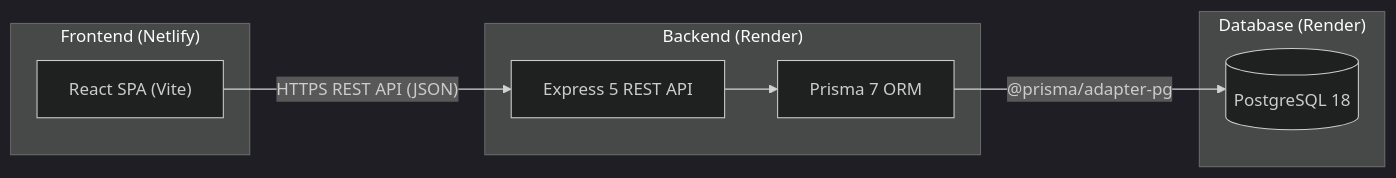
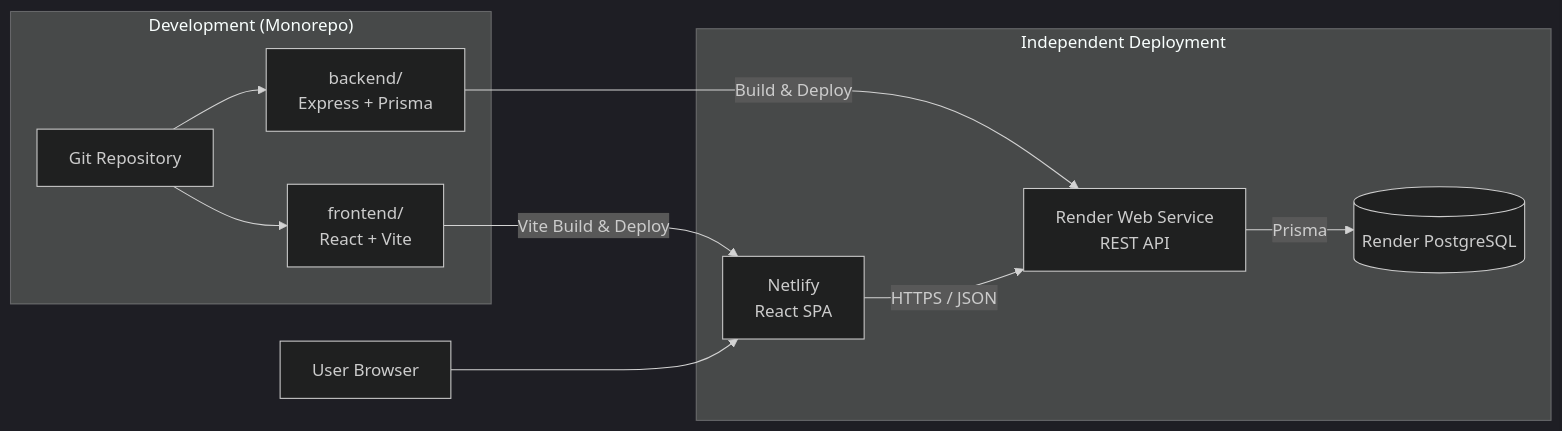
Before and after one commit to CodeitSprintTeam2/NextUnicorn-app: the first of 2 diagrams in README.md, drawn with Mermaid (dark theme). The commit also changed other lines of this file and 3 other files, not shown here.

````diff
--- a/README.md
+++ b/README.md
@@ -22,19 +107,23 @@
 ```mermaid
 flowchart LR
-    subgraph Frontend ["Frontend (Netlify)"]
-        SPA["React SPA (Vite)"]
+    subgraph Development ["Development (Monorepo)"]
+        Repo["Git Repository"]
+        Frontend["frontend/<br/>React + Vite"]
+        Backend["backend/<br/>Express + Prisma"]
+        Repo --> Frontend
+        Repo --> Backend
     end
 
-    subgraph Backend ["Backend (Render)"]
-        API["Express 5 REST API"]
-        Prisma["Prisma 7 ORM"]
-        API --> Prisma
+    subgraph Deployment ["Independent Deployment"]
+        Netlify["Netlify<br/>React SPA"]
+        RenderAPI["Render Web Service<br/>REST API"]
+        Database[("Render PostgreSQL")]
     end
 
-    subgraph Database ["Database (Render)"]
-        DB[("PostgreSQL 18")]
-    end
+    Frontend -- "Vite Build & Deploy" --> Netlify
+    Backend -- "Build & Deploy" --> RenderAPI
+    RenderAPI -- "Prisma" --> Database
 
-    SPA -- "HTTPS REST API (JSON)" --> API
-    Prisma -- "@prisma/adapter-pg" --> DB
+    User["User Browser"] --> Netlify
+    Netlify -- "HTTPS / JSON" --> RenderAPI
 ```
````
